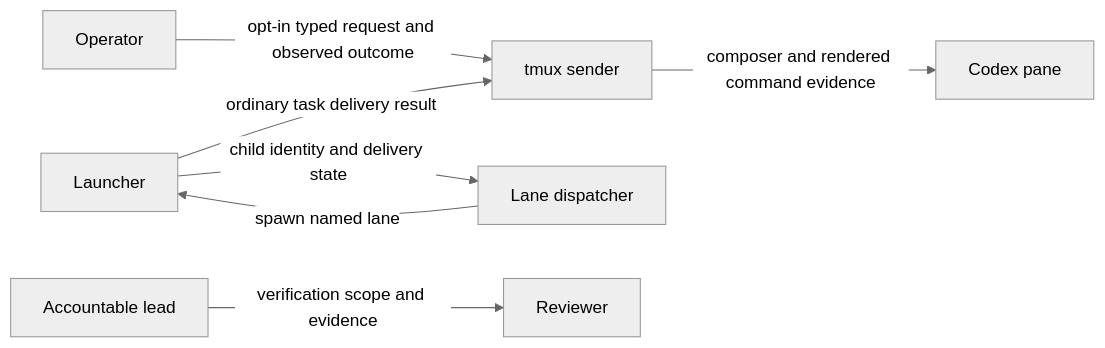
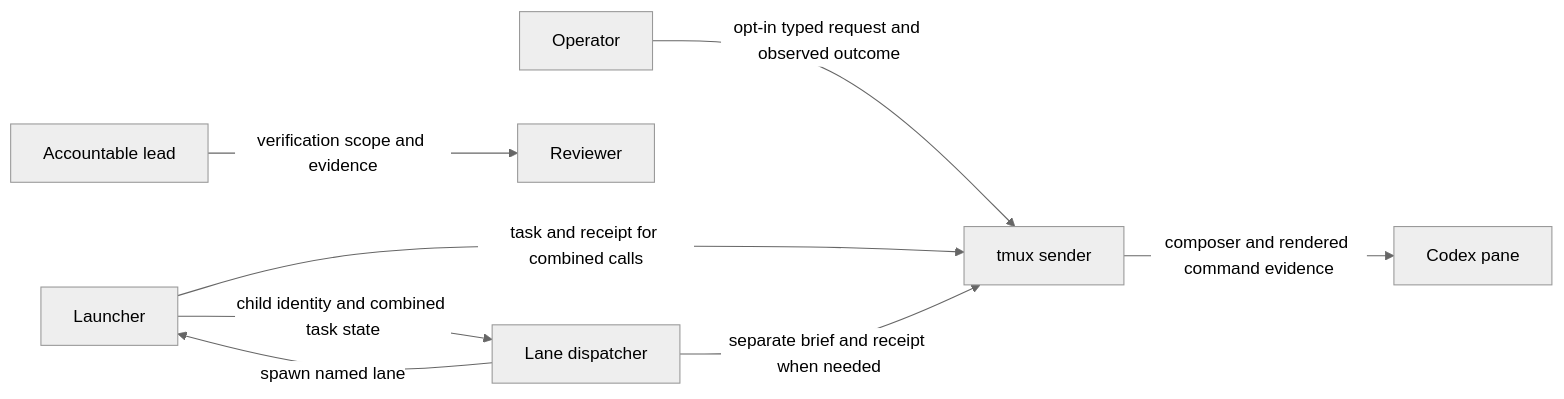
The diagram in docs/specs/field-fixes-19.md (tedks/orgs), drawn with Mermaid (neutral theme) before and after one commit. The commit also changed other lines of this file and 2 other files, not shown here.

First line of the commit message:
Preserve combined dispatch for ordinary named lanes

````diff
--- a/docs/specs/field-fixes-19.md
+++ b/docs/specs/field-fixes-19.md
@@ -23,9 +24,10 @@
 ```mermaid
 flowchart LR
     Operator -->|opt-in typed request and observed outcome| Sender[tmux sender]
     Sender -->|composer and rendered command evidence| Codex[Codex pane]
-    Launcher -->|ordinary task delivery result| Sender
-    Launcher -->|child identity and delivery state| Dispatcher[Lane dispatcher]
+    Launcher -->|task and receipt for combined calls| Sender
+    Launcher -->|child identity and combined task state| Dispatcher[Lane dispatcher]
     Dispatcher -->|spawn named lane| Launcher
+    Dispatcher -->|separate brief and receipt when needed| Sender
     Lead[Accountable lead] -->|verification scope and evidence| Reviewer[Reviewer]
 ```
````
